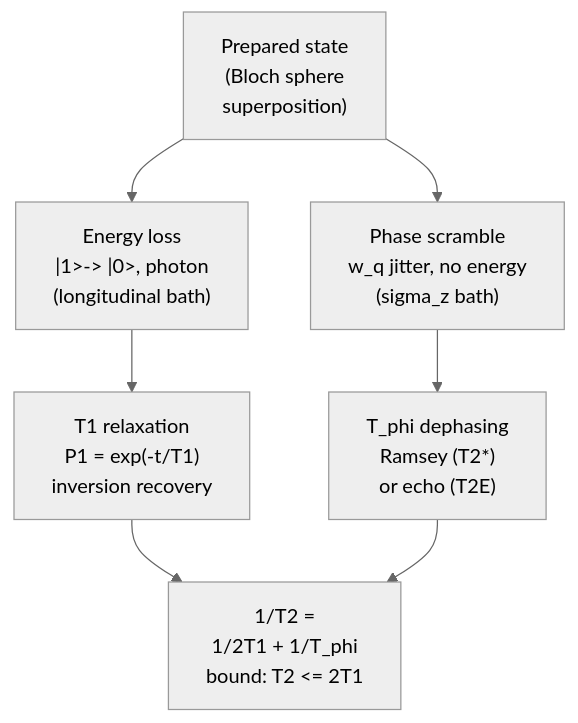
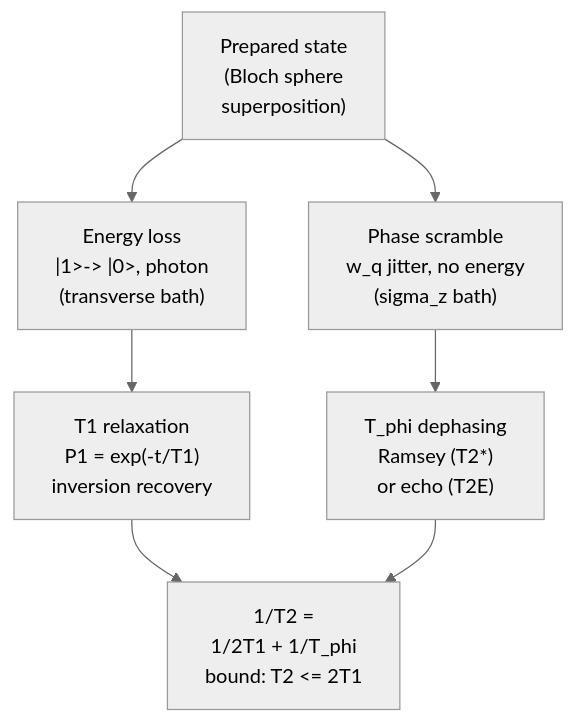
One commit to Iamsohungrynow/superconducting-qubits-journey changed the diagram in tutorial/09-coherence-noise.md. Above: the diagram before and after it, drawn with Mermaid (neutral theme). The commit also changed other lines of this file and 17 other files, not shown here.

````diff
--- a/tutorial/09-coherence-noise.md
+++ b/tutorial/09-coherence-noise.md
@@ -12,10 +12,10 @@
 ```mermaid
 flowchart TD
     P["Prepared state<br/>(Bloch sphere<br/>superposition)"]
-    P --> A["Energy loss<br/>|1>-> |0>, photon<br/>(longitudinal bath)"]
+    P --> A["Energy loss<br/>|1>-> |0>, photon<br/>(transverse bath)"]
     P --> B["Phase scramble<br/>w_q jitter, no energy<br/>(sigma_z bath)"]
     A --> A1["T1 relaxation<br/>P1 = exp(-t/T1)<br/>inversion recovery"]
     B --> B1["T_phi dephasing<br/>Ramsey (T2*)<br/>or echo (T2E)"]
     A1 --> C["1/T2 =<br/>1/2T1 + 1/T_phi<br/>bound: T2 <= 2T1"]
     B1 --> C
 ```
````
